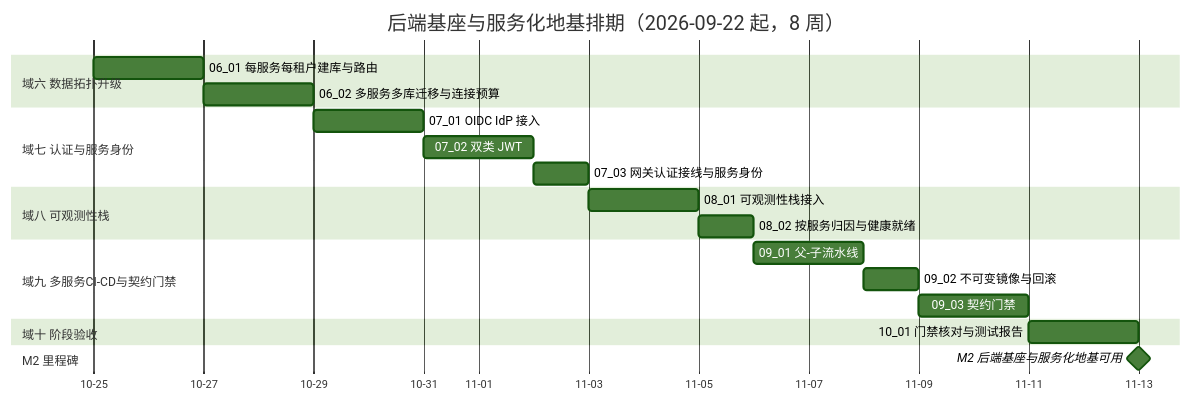
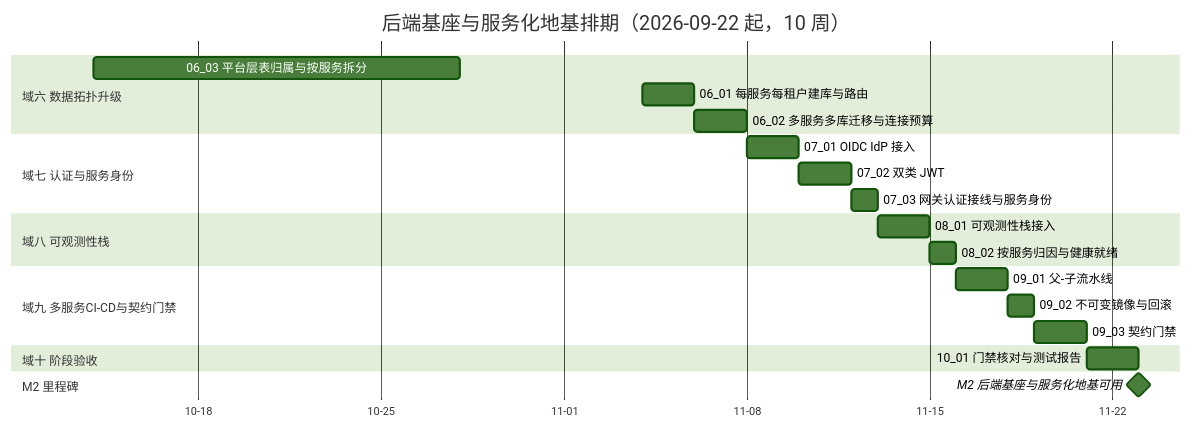
Before and after one commit to minjian123/basic-management-system: the diagram in bms文档/项目/02_后端基座与服务化地基/计划/01_计划_后端基座与服务化地基.md, drawn with Mermaid (forest theme). The commit also changed other lines of this file and 7 other files, not shown here.

````diff
--- a/bms文档/项目/02_后端基座与服务化地基/计划/01_计划_后端基座与服务化地基.md
+++ b/bms文档/项目/02_后端基座与服务化地基/计划/01_计划_后端基座与服务化地基.md
@@ -57,24 +58,25 @@
 ```mermaid
 gantt
-    title 后端基座与服务化地基排期（2026-09-22 起，8 周）
+    title 后端基座与服务化地基排期（2026-09-22 起，10 周）
     dateFormat  YYYY-MM-DD
     axisFormat %m-%d
     section 域六 数据拓扑升级
-    06_01 每服务每租户建库与路由 :a0601, 2026-10-25, 2d
+    06_03 平台层表归属与按服务拆分 :a0603, 2026-10-14, 14d
+    06_01 每服务每租户建库与路由 :a0601, 2026-11-04, 2d
     06_02 多服务多库迁移与连接预算 :a0602, after a0601, 2d
     section 域七 认证与服务身份
     07_01 OIDC IdP 接入 :a0701, after a0602, 2d
     07_02 双类 JWT :a0702, after a0701, 2d
     07_03 网关认证接线与服务身份 :a0703, after a0702, 1d
     section 域八 可观测性栈
     08_01 可观测性栈接入 :a0801, after a0703, 2d
     08_02 按服务归因与健康就绪 :a0802, after a0801, 1d
     section 域九 多服务CI-CD与契约门禁
     09_01 父-子流水线 :a0901, after a0802, 2d
     09_02 不可变镜像与回滚 :a0902, after a0901, 1d
     09_03 契约门禁 :a0903, after a0902, 2d
     section 域十 阶段验收
     10_01 门禁核对与测试报告 :a1001, after a0903, 2d
     section M2 里程碑
     M2 后端基座与服务化地基可用 :milestone, mm2, after a1001, 0d
 ```
````
